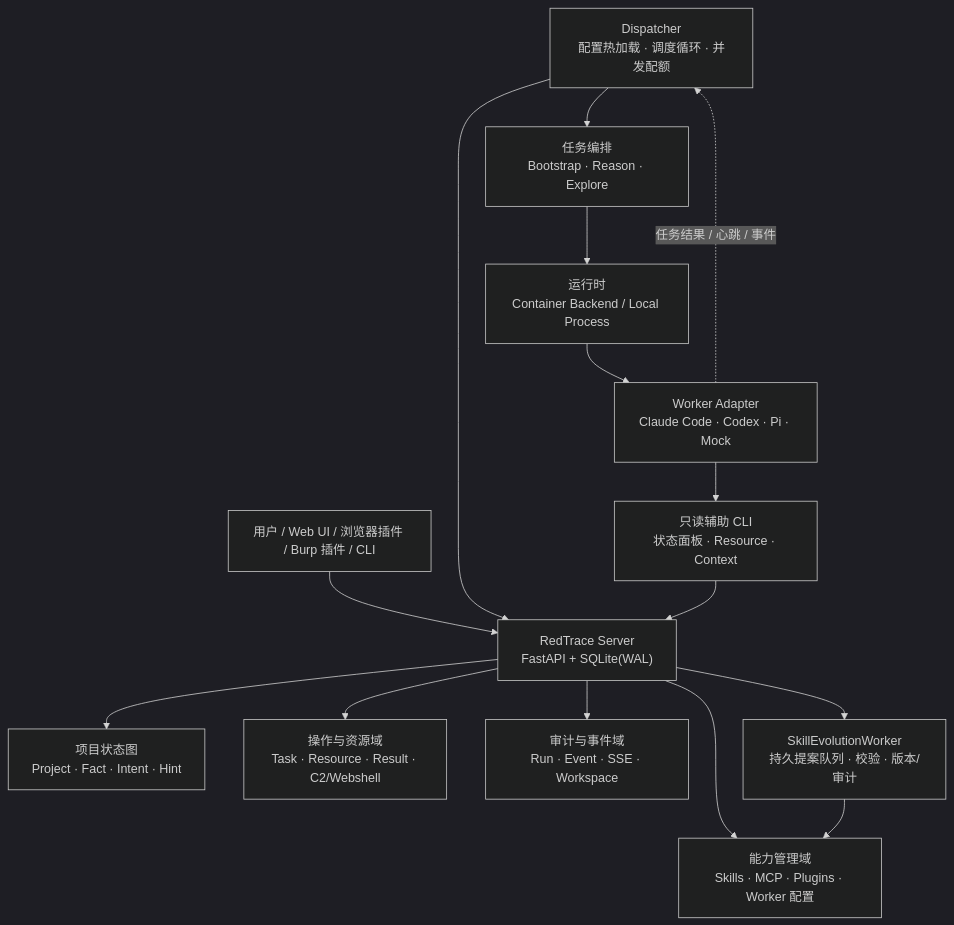
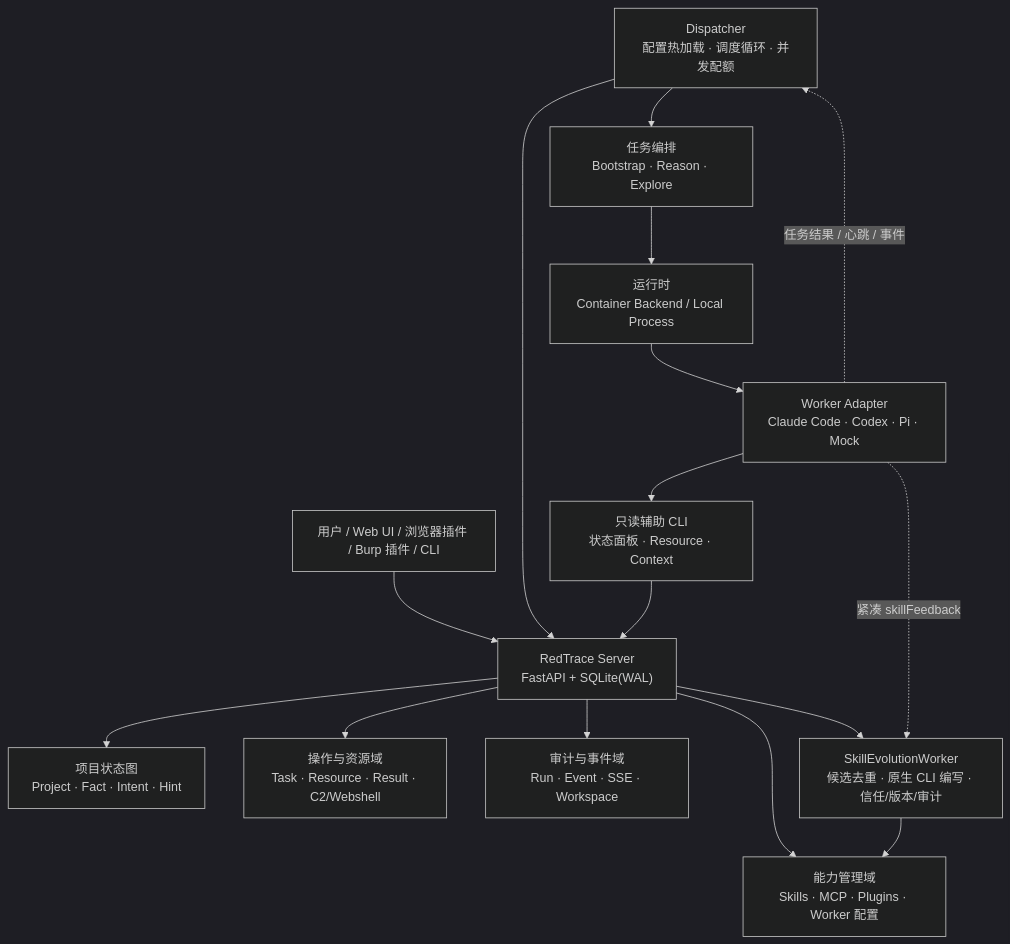
One commit to 0X6C7879/RedTrace changed the diagram in README.md. Above: the diagram before and after it, drawn with Mermaid (dark theme). The commit also changed other lines of this file and 204 other files, not shown here.

````diff
--- a/README.md
+++ b/README.md
@@ -30,30 +30,31 @@
 ```mermaid
 flowchart TB
     U["用户 / Web UI / 浏览器插件 / Burp 插件 / CLI"]
     API["RedTrace Server<br/>FastAPI + SQLite(WAL)"]
     GRAPH["项目状态图<br/>Project · Fact · Intent · Hint"]
     OPS["操作与资源域<br/>Task · Resource · Result · C2/Webshell"]
     AUDIT["审计与事件域<br/>Run · Event · SSE · Workspace"]
     CAPS["能力管理域<br/>Skills · MCP · Plugins · Worker 配置"]
     D["Dispatcher<br/>配置热加载 · 调度循环 · 并发配额"]
     TASK["任务编排<br/>Bootstrap · Reason · Explore"]
     RT["运行时<br/>Container Backend / Local Process"]
     W["Worker Adapter<br/>Claude Code · Codex · Pi · Mock"]
     CLI["只读辅助 CLI<br/>状态面板 · Resource · Context"]
-    EV["SkillEvolutionWorker<br/>持久提案队列 · 校验 · 版本/审计"]
+    EV["SkillEvolutionWorker<br/>候选去重 · 原生 CLI 编写 · 信任/版本/审计"]
 
     U --> API
     API --> GRAPH
     API --> OPS
     API --> AUDIT
     API --> CAPS
     D --> API
     D --> TASK
     TASK --> RT
     RT --> W
     W --> CLI
     CLI --> API
+    W -. 紧凑 skillFeedback .-> EV
     API --> EV
     EV --> CAPS
     W -. "任务结果 / 心跳 / 事件" .-> D
 ```
````
